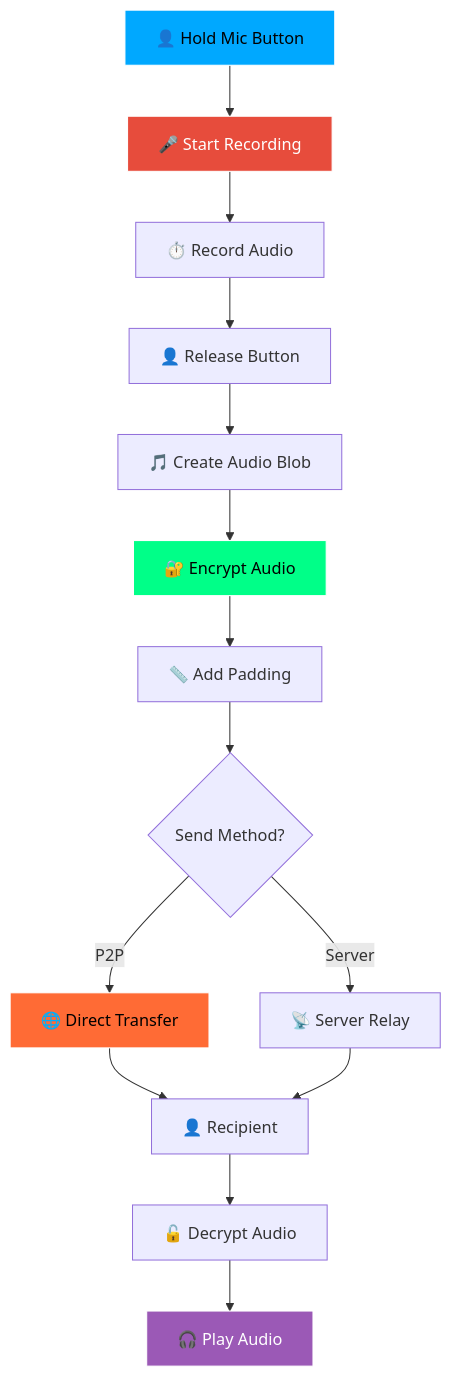
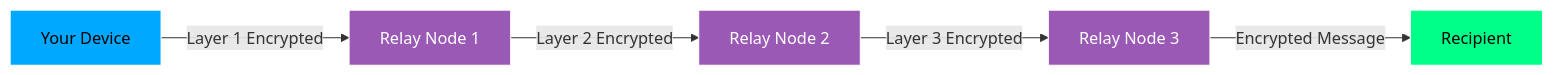
One commit to Hetpatel01021111/Eclipse changed the fifth of 9 diagrams in README.md. Above: the diagram before and after it, drawn with Mermaid. The commit also changed other lines of this file, not shown here.

Commit message:
docs: create comprehensive README with detailed architecture, security, and deployment guides

````diff
--- a/README.md
+++ b/README.md
@@ -117,25 +436,13 @@
 ```mermaid
-graph TB
-    A[👤 Hold Mic Button] --> B[🎤 Start Recording]
-    B --> C[⏱️ Record Audio]
-    C --> D[👤 Release Button]
-    D --> E[🎵 Create Audio Blob]
-    E --> F[🔐 Encrypt Audio]
-    F --> G[📏 Add Padding]
-    G --> H{Send Method?}
-    
-    H -->|P2P| I[🌐 Direct Transfer]
-    H -->|Server| J[📡 Server Relay]
-    
-    I --> K[👤 Recipient]
-    J --> K
-    
-    K --> L[🔓 Decrypt Audio]
-    L --> M[🎧 Play Audio]
+graph LR
+    A[Your Device] -->|Layer 1 Encrypted| B[Relay Node 1]
+    B -->|Layer 2 Encrypted| C[Relay Node 2]
+    C -->|Layer 3 Encrypted| D[Relay Node 3]
+    D -->|Encrypted Message| E[Recipient]
     
     style A fill:#00a8ff,stroke:#fff,color:#000
-    style B fill:#e74c3c,stroke:#fff,color:#fff
-    style F fill:#00ff88,stroke:#fff,color:#000
-    style I fill:#ff6b35,stroke:#fff,color:#000
-    style M fill:#9b59b6,stroke:#fff,color:#fff
+    style B fill:#9b59b6,stroke:#fff,color:#fff
+    style C fill:#9b59b6,stroke:#fff,color:#fff
+    style D fill:#9b59b6,stroke:#fff,color:#fff
+    style E fill:#00ff88,stroke:#fff,color:#000
 ```
````
